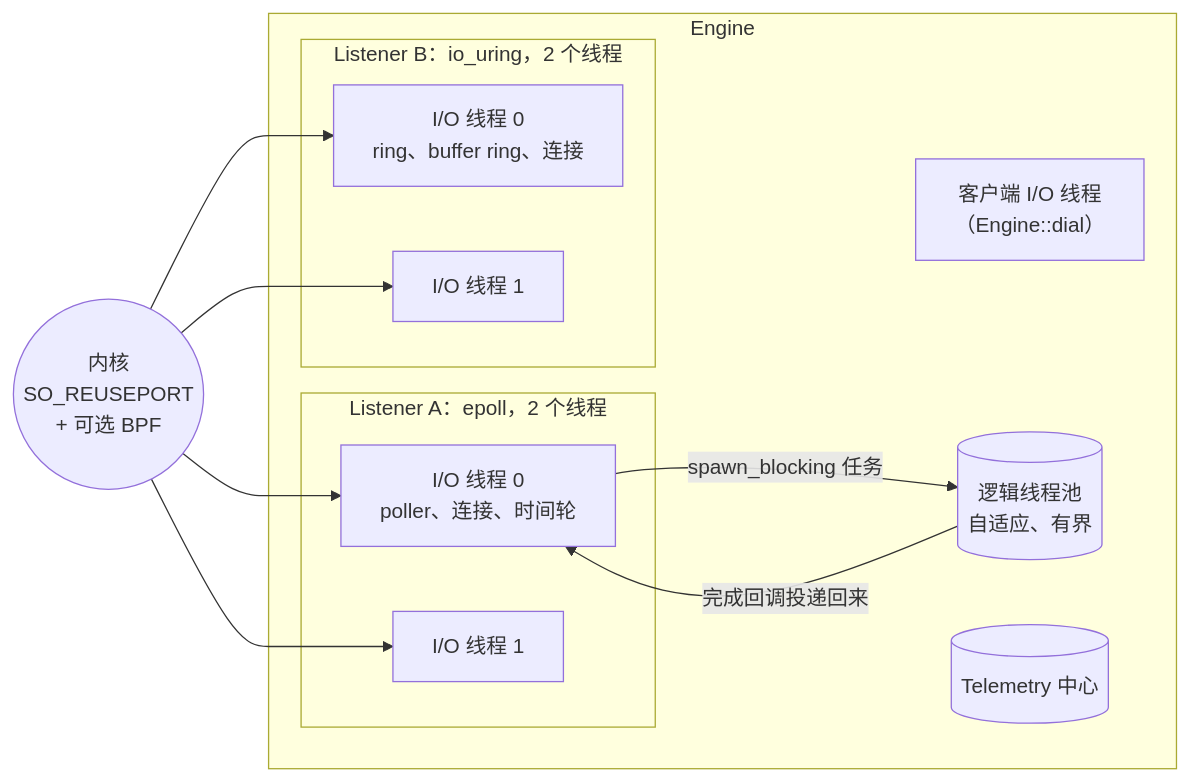
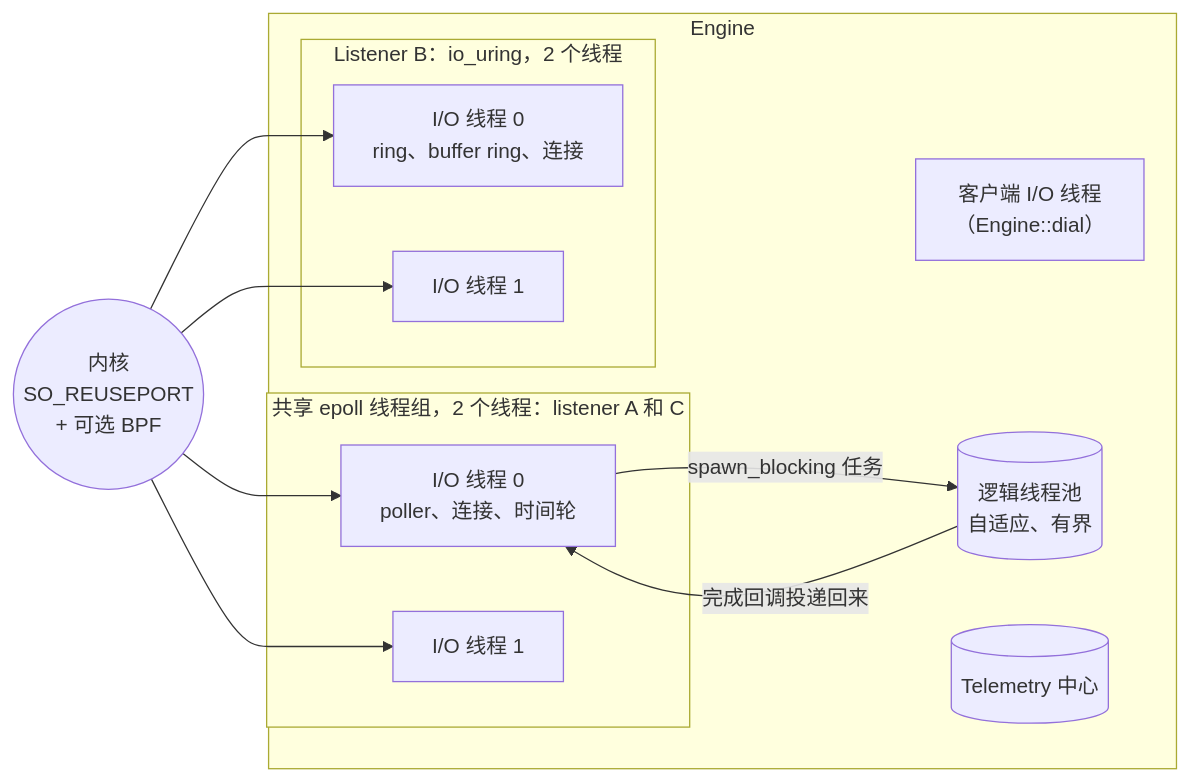
The second of 6 diagrams in docs/architecture.zh-CN.md (lesismal/akio), drawn with Mermaid before and after one commit. The commit also changed other lines of this file and 21 other files, not shown here.

````diff
--- a/docs/architecture.zh-CN.md
+++ b/docs/architecture.zh-CN.md
@@ -152,23 +152,23 @@
 ```mermaid
 flowchart LR
     K(("内核<br/>SO_REUSEPORT<br/>+ 可选 BPF"))
     subgraph Engine
-      subgraph LA["Listener A：epoll，2 个线程"]
+      subgraph LA["共享 epoll 线程组，2 个线程：listener A 和 C"]
         A0["I/O 线程 0<br/>poller、连接、时间轮"]
         A1["I/O 线程 1"]
       end
       subgraph LB["Listener B：io_uring，2 个线程"]
         B0["I/O 线程 0<br/>ring、buffer ring、连接"]
         B1["I/O 线程 1"]
       end
       C0["客户端 I/O 线程<br/>（Engine::dial）"]
       P[("逻辑线程池<br/>自适应、有界")]
       T[("Telemetry 中心")]
     end
     K --> A0
     K --> A1
     K --> B0
     K --> B1
     A0 -- "spawn_blocking 任务" --> P
     P -- "完成回调投递回来" --> A0
 ```
````
